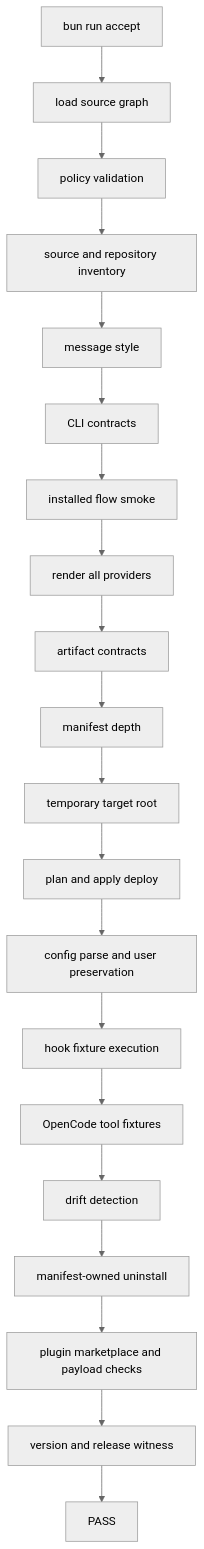
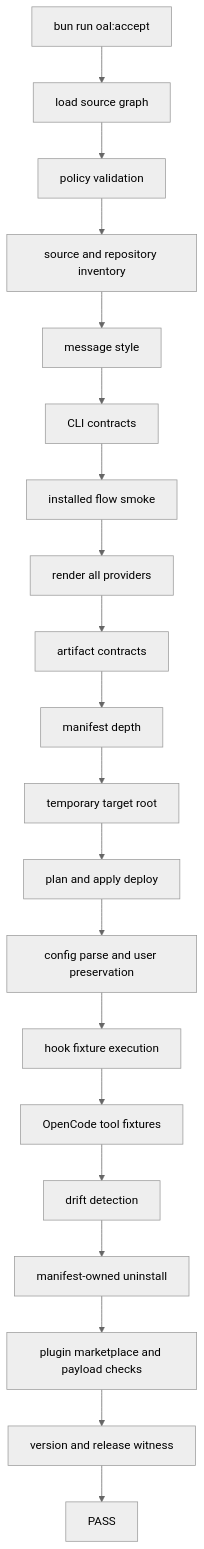
Before and after one commit to xsyetopz/OpenAgentLayer: the diagram in specs/06-acceptance.md, drawn with Mermaid (neutral theme). The commit also changed other lines of this file and 13 other files, not shown here.

````diff
--- a/specs/06-acceptance.md
+++ b/specs/06-acceptance.md
@@ -17,22 +17,22 @@
 ```mermaid
 flowchart TD
-    Start[bun run accept] --> Source[load source graph]
+    Start[bun run oal:accept] --> Source[load source graph]
     Source --> Policy[policy validation]
     Policy --> Inventory[source and repository inventory]
     Inventory --> MessageStyle[message style]
     MessageStyle --> Cli[CLI contracts]
     Cli --> InstallSmoke[installed flow smoke]
     InstallSmoke --> Render[render all providers]
     Render --> ArtifactContracts[artifact contracts]
     ArtifactContracts --> ManifestDepth[manifest depth]
     ManifestDepth --> Fixture[temporary target root]
     Fixture --> Deploy[plan and apply deploy]
     Deploy --> Config[config parse and user preservation]
     Config --> Hooks[hook fixture execution]
     Hooks --> Tools[OpenCode tool fixtures]
     Tools --> Drift[drift detection]
     Drift --> Uninstall[manifest-owned uninstall]
     Uninstall --> Plugins[plugin marketplace and payload checks]
     Plugins --> Release[version and release witness]
     Release --> Pass[PASS]
 ```
````
